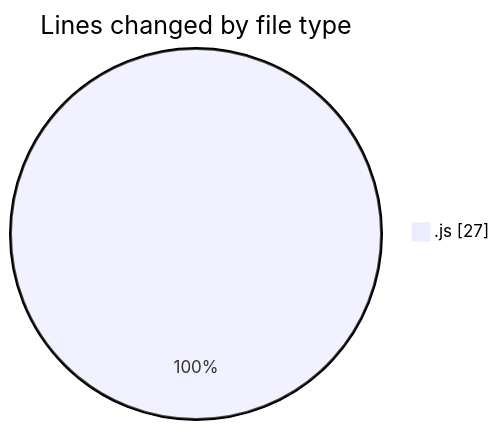
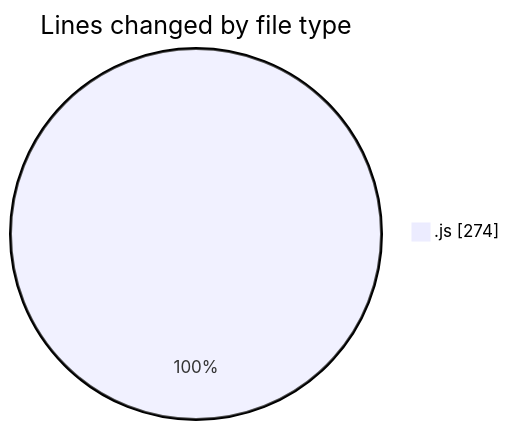
Before and after one commit to Ritupan-Deka/code-tracking: the first of 2 diagrams in 2025-07-26/javascript/README.md, drawn with Mermaid. The commit also changed other lines of this file and 1 other file, not shown here.

````diff
--- a/2025-07-26/javascript/README.md
+++ b/2025-07-26/javascript/README.md
@@ -20,5 +20,5 @@
 ```mermaid
 pie showData
 title Lines changed by file type
-".js" : 27
+".js" : 274
 ```
````
